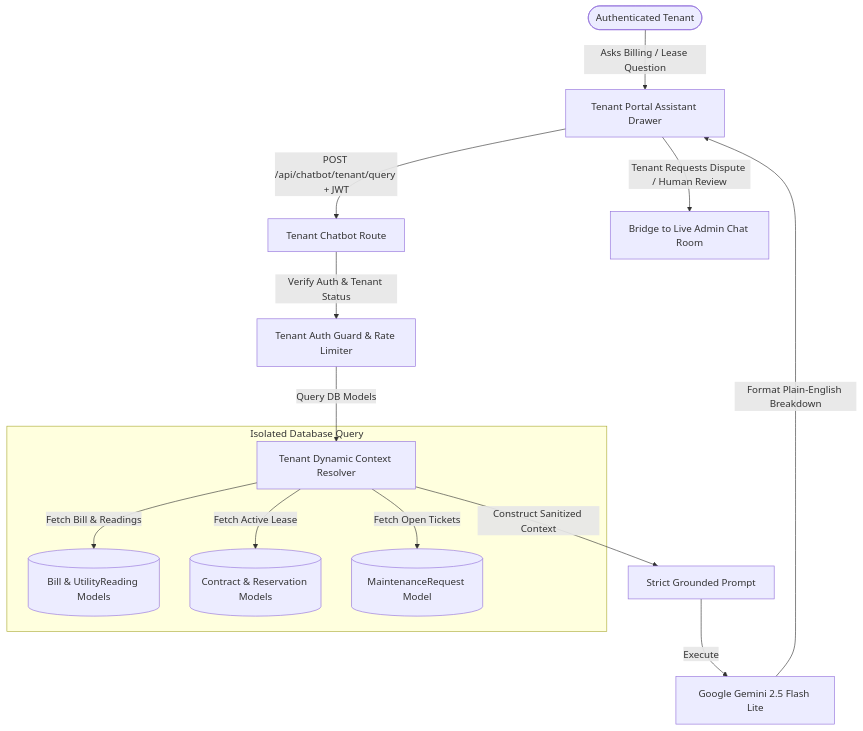
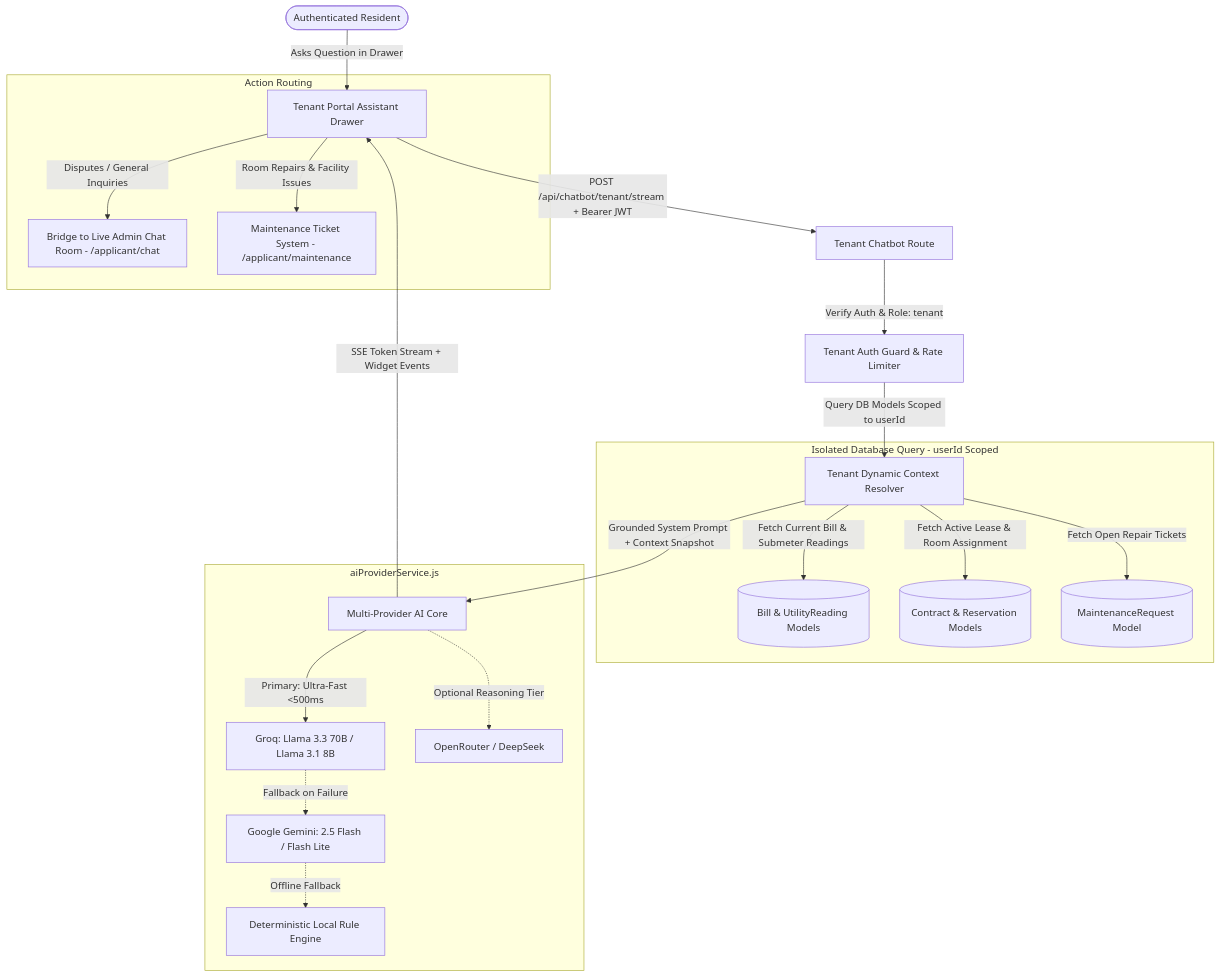
One commit to PlaytsDEV/Capstone-Website changed the first of 3 diagrams in docs/PHASE2_TENANT_AI_ASSISTANT_SPECIFICATION.md. Above: the diagram before and after it, drawn with Mermaid. The commit also changed other lines of this file and 32 other files, not shown here.

Commit message:
feat(ai-core): implement multi-model AI provider fallback, admin copilot, reply drafter, and PII sanitization

````diff
--- a/docs/PHASE2_TENANT_AI_ASSISTANT_SPECIFICATION.md
+++ b/docs/PHASE2_TENANT_AI_ASSISTANT_SPECIFICATION.md
@@ -7,18 +7,29 @@
 ```mermaid
 flowchart TD
-    Tenant([Authenticated Tenant]) -->|Asks Billing / Lease Question| UI[Tenant Portal Assistant Drawer]
-    UI -->|POST /api/chatbot/tenant/query + JWT| Route[Tenant Chatbot Route]
-    Route -->|Verify Auth & Tenant Status| Guard[Tenant Auth Guard & Rate Limiter]
-    Guard -->|Query DB Models| Resolver[Tenant Dynamic Context Resolver]
+    Tenant([Authenticated Resident]) -->|Asks Question in Drawer| UI[Tenant Portal Assistant Drawer]
+    UI -->|POST /api/chatbot/tenant/stream + Bearer JWT| Route[Tenant Chatbot Route]
+    Route -->|Verify Auth & Role: tenant| Guard[Tenant Auth Guard & Rate Limiter]
+    Guard -->|Query DB Models Scoped to userId| Resolver[Tenant Dynamic Context Resolver]
     
-    subgraph Data Layer [Isolated Database Query]
-        Resolver -->|Fetch Bill & Readings| BillDB[(Bill & UtilityReading Models)]
-        Resolver -->|Fetch Active Lease| ContractDB[(Contract & Reservation Models)]
-        Resolver -->|Fetch Open Tickets| MaintDB[(MaintenanceRequest Model)]
+    subgraph Data Layer [Isolated Database Query - userId Scoped]
+        Resolver -->|Fetch Current Bill & Submeter Readings| BillDB[(Bill & UtilityReading Models)]
+        Resolver -->|Fetch Active Lease & Room Assignment| ContractDB[(Contract & Reservation Models)]
+        Resolver -->|Fetch Open Repair Tickets| MaintDB[(MaintenanceRequest Model)]
     end
     
-    Resolver -->|Construct Sanitized Context| GroundingPrompt[Strict Grounded Prompt]
-    GroundingPrompt -->|Execute| Gemini[Google Gemini 2.5 Flash Lite]
-    Gemini -->|Format Plain-English Breakdown| UI
-    UI -->|Tenant Requests Dispute / Human Review| Handoff[Bridge to Live Admin Chat Room]
+    Resolver -->|Grounded System Prompt + Context Snapshot| AICascade[Multi-Provider AI Core]
+    
+    subgraph Multi-Provider AI Cascade [aiProviderService.js]
+        AICascade -->|Primary: Ultra-Fast <500ms| Groq[Groq: Llama 3.3 70B / Llama 3.1 8B]
+        Groq -.->|Fallback on Failure| Gemini[Google Gemini: 2.5 Flash / Flash Lite]
+        Gemini -.->|Offline Fallback| LocalEngine[Deterministic Local Rule Engine]
+        AICascade -.->|Optional Reasoning Tier| OpenRouter[OpenRouter / DeepSeek]
+    end
+    
+    AICascade -->|SSE Token Stream + Widget Events| UI
+    
+    subgraph Action Destinations [Action Routing]
+        UI -->|Disputes / General Inquiries| LiveChat[Bridge to Live Admin Chat Room - /applicant/chat]
+        UI -->|Room Repairs & Facility Issues| MaintModule[Maintenance Ticket System - /applicant/maintenance]
+    end
 ```
````
